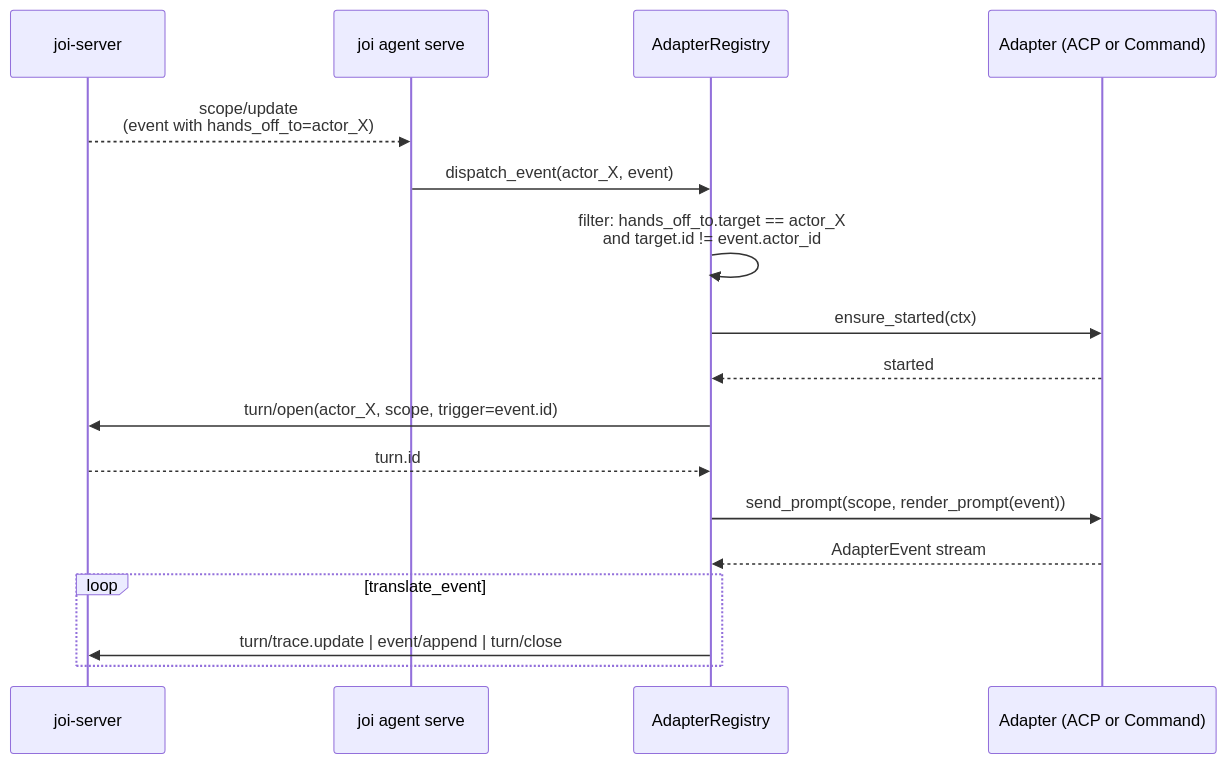
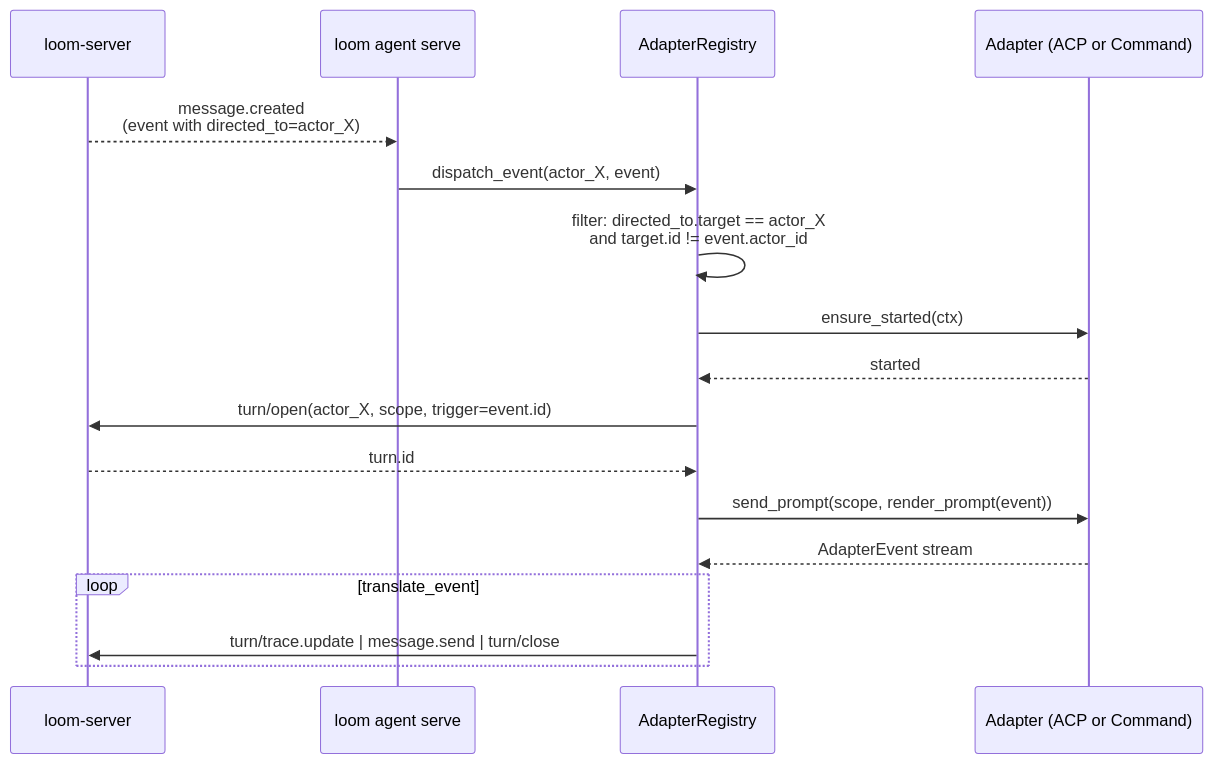
One commit to wyw-ai/loom changed the sixth of 6 diagrams in docs/architecture-v1-agent-client.md. Above: the diagram before and after it, drawn with Mermaid. The commit also changed other lines of this file and 175 other files, not shown here.

````diff
--- a/docs/architecture-v1-agent-client.md
+++ b/docs/architecture-v1-agent-client.md
@@ -404,20 +404,20 @@
 ```mermaid
 sequenceDiagram
-    participant Server as joi-server
-    participant Client as joi agent serve
+    participant Server as loom-server
+    participant Client as loom agent serve
     participant Reg as AdapterRegistry
     participant A as Adapter (ACP or Command)
 
-    Server-->>Client: scope/update<br/>(event with hands_off_to=actor_X)
+    Server-->>Client: message.created<br/>(event with directed_to=actor_X)
     Client->>Reg: dispatch_event(actor_X, event)
-    Reg->>Reg: filter: hands_off_to.target == actor_X<br/>and target.id != event.actor_id
+    Reg->>Reg: filter: directed_to.target == actor_X<br/>and target.id != event.actor_id
     Reg->>A: ensure_started(ctx)
     A-->>Reg: started
     Reg->>Server: turn/open(actor_X, scope, trigger=event.id)
     Server-->>Reg: turn.id
     Reg->>A: send_prompt(scope, render_prompt(event))
     A-->>Reg: AdapterEvent stream
     loop translate_event
-        Reg->>Server: turn/trace.update | event/append | turn/close
+        Reg->>Server: turn/trace.update | message.send | turn/close
     end
 ```
````
